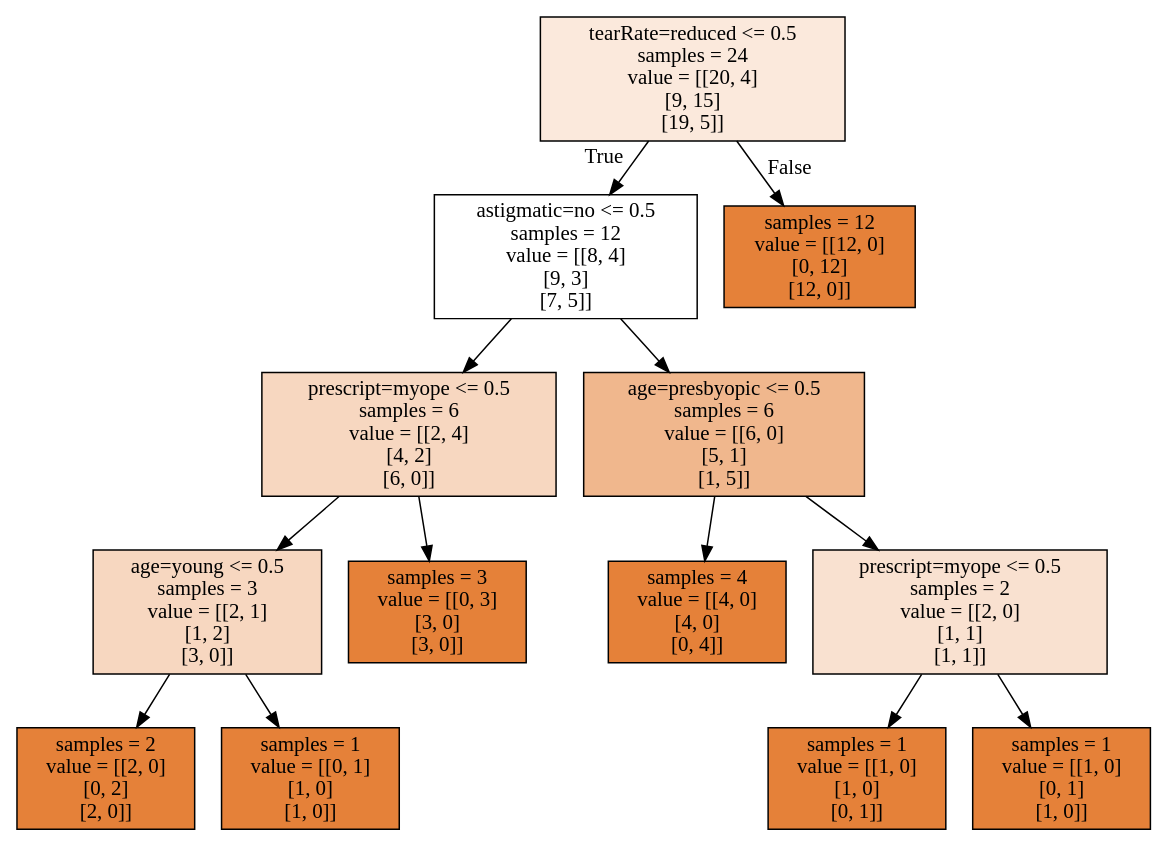
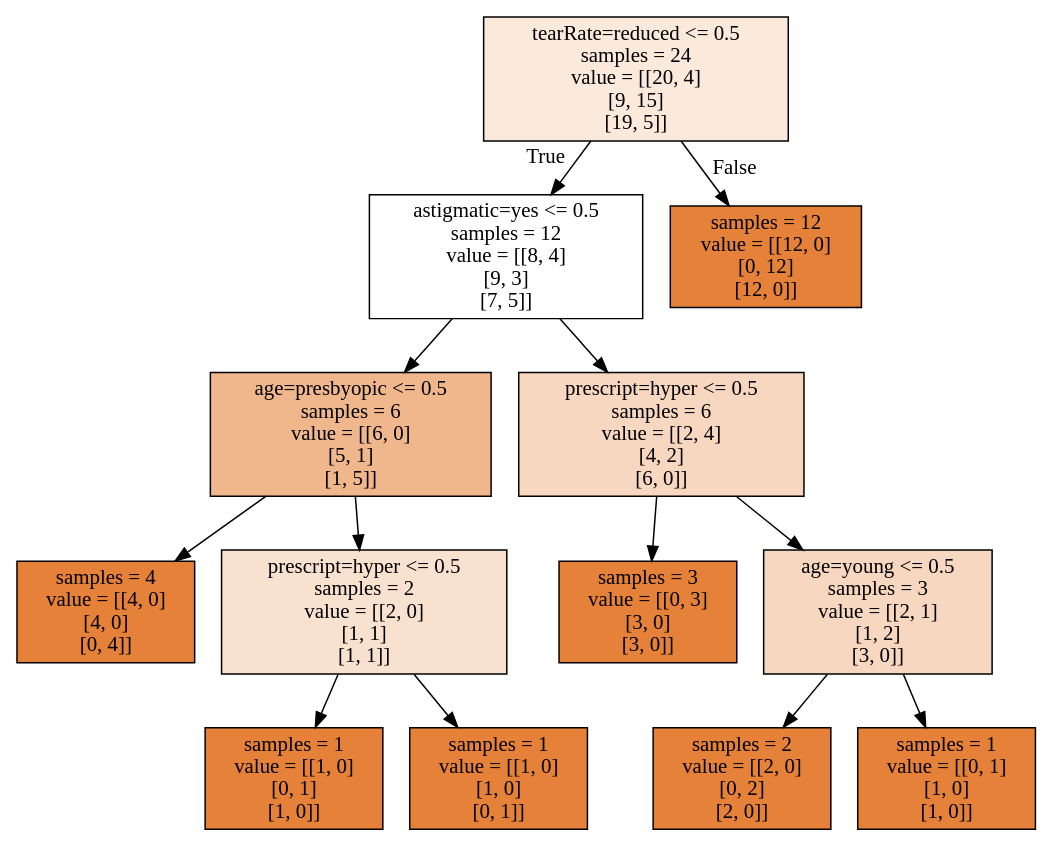
The diagram in chapter_3_DecisionTree/tree.dot (NianLi71/MLinAction_MyCodes), drawn with Graphviz before and after one commit. The commit also changed 5 other files, not shown here.

```diff
--- a/chapter_3_DecisionTree/tree.dot
+++ b/chapter_3_DecisionTree/tree.dot
@@ -1,28 +1,28 @@
 digraph Tree {
 node [shape=box, style="filled", color="black"] ;
 0 [label="tearRate=reduced <= 0.5\nsamples = 24\nvalue = [[20, 4]\n[9, 15]\n[19, 5]]", fillcolor="#e581392d"] ;
-1 [label="astigmatic=no <= 0.5\nsamples = 12\nvalue = [[8, 4]\n[9, 3]\n[7, 5]]", fillcolor="#e5813900"] ;
+1 [label="astigmatic=yes <= 0.5\nsamples = 12\nvalue = [[8, 4]\n[9, 3]\n[7, 5]]", fillcolor="#e5813900"] ;
 0 -> 1 [labeldistance=2.5, labelangle=45, headlabel="True"] ;
-2 [label="prescript=myope <= 0.5\nsamples = 6\nvalue = [[2, 4]\n[4, 2]\n[6, 0]]", fillcolor="#e5813951"] ;
+2 [label="age=presbyopic <= 0.5\nsamples = 6\nvalue = [[6, 0]\n[5, 1]\n[1, 5]]", fillcolor="#e5813992"] ;
 1 -> 2 ;
-3 [label="age=young <= 0.5\nsamples = 3\nvalue = [[2, 1]\n[1, 2]\n[3, 0]]", fillcolor="#e5813951"] ;
+3 [label="samples = 4\nvalue = [[4, 0]\n[4, 0]\n[0, 4]]", fillcolor="#e58139ff"] ;
 2 -> 3 ;
-4 [label="samples = 2\nvalue = [[2, 0]\n[0, 2]\n[2, 0]]", fillcolor="#e58139ff"] ;
-3 -> 4 ;
-5 [label="samples = 1\nvalue = [[0, 1]\n[1, 0]\n[1, 0]]", fillcolor="#e58139ff"] ;
-3 -> 5 ;
-6 [label="samples = 3\nvalue = [[0, 3]\n[3, 0]\n[3, 0]]", fillcolor="#e58139ff"] ;
-2 -> 6 ;
-7 [label="age=presbyopic <= 0.5\nsamples = 6\nvalue = [[6, 0]\n[5, 1]\n[1, 5]]", fillcolor="#e5813992"] ;
+4 [label="prescript=hyper <= 0.5\nsamples = 2\nvalue = [[2, 0]\n[1, 1]\n[1, 1]]", fillcolor="#e581393c"] ;
+2 -> 4 ;
+5 [label="samples = 1\nvalue = [[1, 0]\n[0, 1]\n[1, 0]]", fillcolor="#e58139ff"] ;
+4 -> 5 ;
+6 [label="samples = 1\nvalue = [[1, 0]\n[1, 0]\n[0, 1]]", fillcolor="#e58139ff"] ;
+4 -> 6 ;
+7 [label="prescript=hyper <= 0.5\nsamples = 6\nvalue = [[2, 4]\n[4, 2]\n[6, 0]]", fillcolor="#e5813951"] ;
 1 -> 7 ;
-8 [label="samples = 4\nvalue = [[4, 0]\n[4, 0]\n[0, 4]]", fillcolor="#e58139ff"] ;
+8 [label="samples = 3\nvalue = [[0, 3]\n[3, 0]\n[3, 0]]", fillcolor="#e58139ff"] ;
 7 -> 8 ;
-9 [label="prescript=myope <= 0.5\nsamples = 2\nvalue = [[2, 0]\n[1, 1]\n[1, 1]]", fillcolor="#e581393c"] ;
+9 [label="age=young <= 0.5\nsamples = 3\nvalue = [[2, 1]\n[1, 2]\n[3, 0]]", fillcolor="#e5813951"] ;
 7 -> 9 ;
-10 [label="samples = 1\nvalue = [[1, 0]\n[1, 0]\n[0, 1]]", fillcolor="#e58139ff"] ;
+10 [label="samples = 2\nvalue = [[2, 0]\n[0, 2]\n[2, 0]]", fillcolor="#e58139ff"] ;
 9 -> 10 ;
-11 [label="samples = 1\nvalue = [[1, 0]\n[0, 1]\n[1, 0]]", fillcolor="#e58139ff"] ;
+11 [label="samples = 1\nvalue = [[0, 1]\n[1, 0]\n[1, 0]]", fillcolor="#e58139ff"] ;
 9 -> 11 ;
 12 [label="samples = 12\nvalue = [[12, 0]\n[0, 12]\n[12, 0]]", fillcolor="#e58139ff"] ;
 0 -> 12 [labeldistance=2.5, labelangle=-45, headlabel="False"] ;
 }
```
